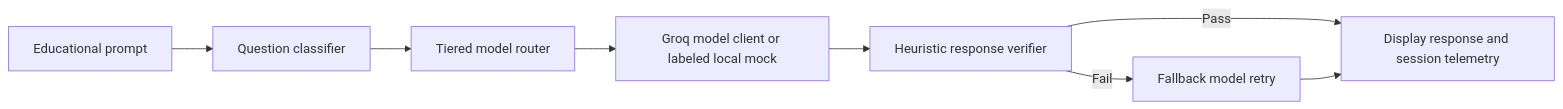
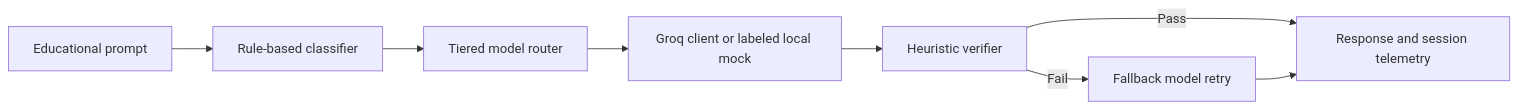
One commit to abdulbasit-25/AXIOM--modelRouter changed the diagram in README.md. Above: the diagram before and after it, drawn with Mermaid. The commit also changed other lines of this file and 3 other files, not shown here.

````diff
--- a/README.md
+++ b/README.md
@@ -32,10 +71,10 @@
 ```mermaid
 flowchart LR
-    A[Educational prompt] --> B[Question classifier]
+    A[Educational prompt] --> B[Rule-based classifier]
     B --> C[Tiered model router]
-    C --> D[Groq model client or labeled local mock]
-    D --> E[Heuristic response verifier]
-    E -->|Pass| F[Display response and session telemetry]
+    C --> D[Groq client or labeled local mock]
+    D --> E[Heuristic verifier]
+    E -->|Pass| F[Response and session telemetry]
     E -->|Fail| G[Fallback model retry]
     G --> F
 ```
````
